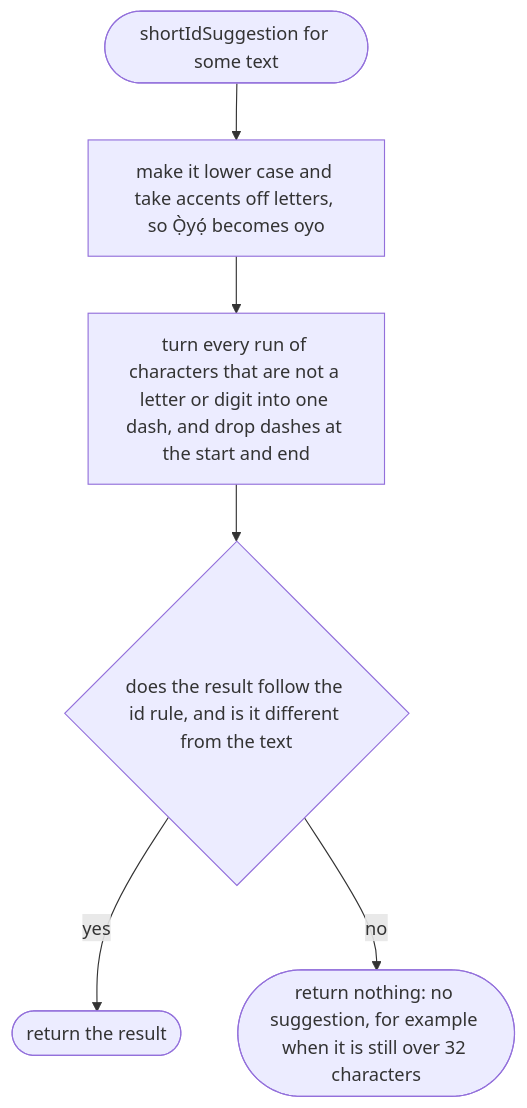
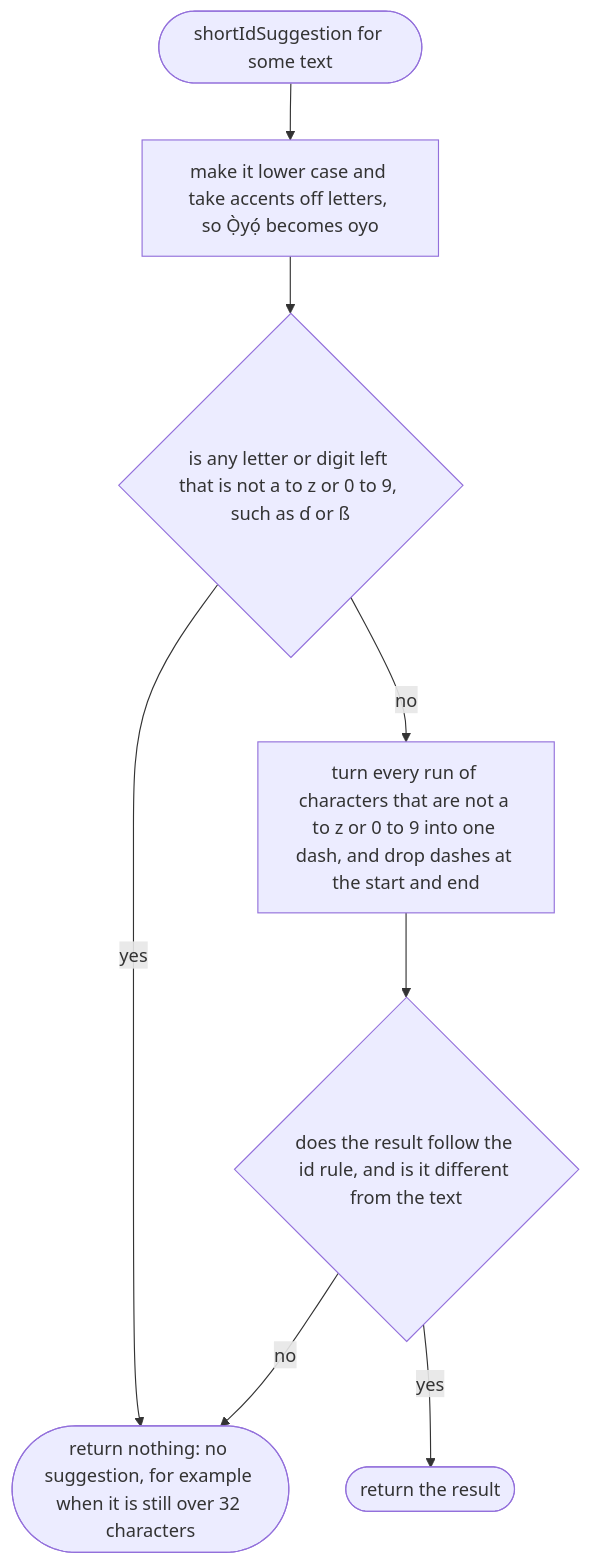
Diagram 38 of 38 in docs/designs/src/place/parse.md (NewDara-Star/world-engine), drawn with Mermaid before and after one commit. The commit also changed other lines of this file and 10 other files, not shown here.

````diff
--- a/docs/designs/src/place/parse.md
+++ b/docs/designs/src/place/parse.md
@@ -570,14 +592,17 @@
 ```mermaid
 flowchart TD
   s(["shortIdSuggestion for some text"])
   a["make it lower case and take accents off letters, so Ọ̀yọ́ becomes oyo"]
-  b["turn every run of characters that are not a letter or digit into one dash, and drop dashes at the start and end"]
+  x{"is any letter or digit left that is not a to z or 0 to 9, such as ɗ or ß"}
+  b["turn every run of characters that are not a to z or 0 to 9 into one dash, and drop dashes at the start and end"]
   c{"does the result follow the id rule, and is it different from the text"}
   d(["return the result"])
   e(["return nothing: no suggestion, for example when it is still over 32 characters"])
   s --> a
-  a --> b
+  a --> x
+  x -->|"yes"| e
+  x -->|"no"| b
   b --> c
   c -->|"yes"| d
   c -->|"no"| e
 ```
````
